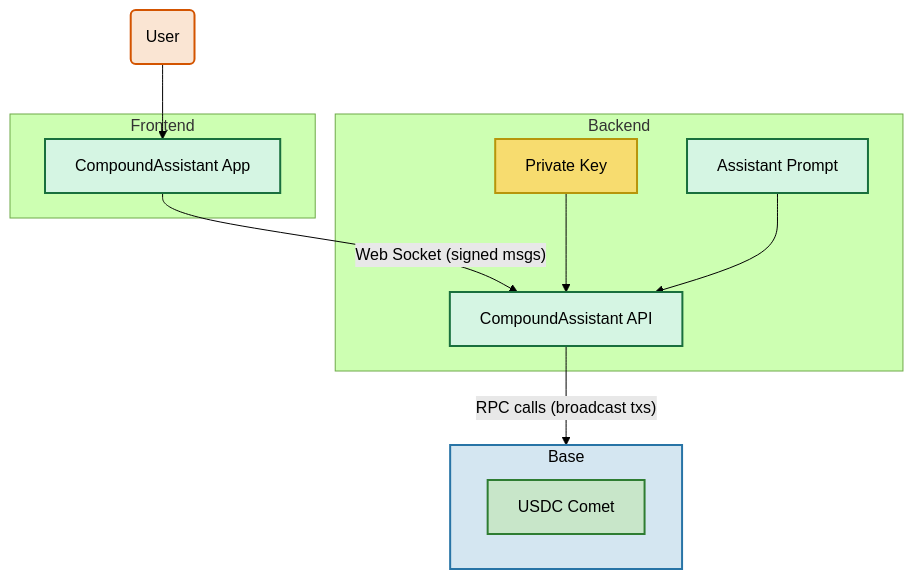
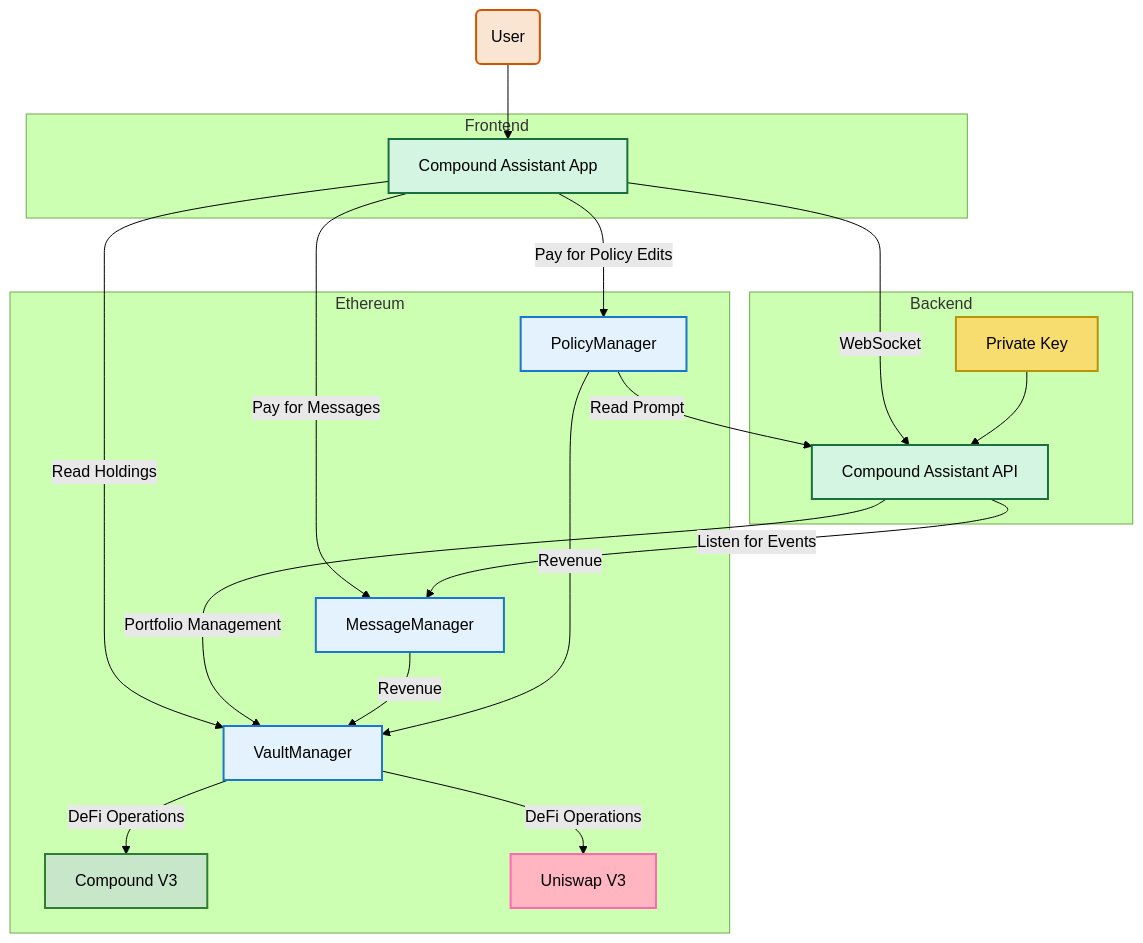
Before and after one commit to mikeghen/comp-comm-portfolio: the diagram in README.md, drawn with Mermaid (forest theme). The commit also changed other lines of this file, not shown here.

Commit message:
Update Readme with new diagram and disclaimer

````diff
--- a/README.md
+++ b/README.md
@@ -15,40 +15,51 @@
 ```mermaid
 flowchart TB
     User(User) --> FrontendApp
     
     subgraph "Frontend"
-        FrontendApp[CompoundAssistant App]
+        FrontendApp[Compound Assistant App]
     end
     
     subgraph "Backend"
-        BackendAPI[CompoundAssistant API]
+        BackendAPI[Compound Assistant API]
         PrivateKey[Private Key]
-        AgentConfig[Assistant Prompt]
     end
     
-    subgraph "Base"
-        CompoundFinance[USDC Comet]
+    subgraph "Ethereum"
+        MessageManager[MessageManager]
+        PolicyManager[PolicyManager]
+        VaultManager[VaultManager]
+        CompoundFinance[Compound V3]
+        UniswapV3[Uniswap V3]
     end
     
 
-    FrontendApp -- "Web Socket (signed msgs)" --> BackendAPI
-    BackendAPI -- "RPC calls (broadcast txs)" --> Base
+    FrontendApp -- "WebSocket" --> BackendAPI
+    FrontendApp -- "Pay for Messages" --> MessageManager
+    FrontendApp -- "Pay for Policy Edits" --> PolicyManager
+    FrontendApp -- "Read Holdings" --> VaultManager
+    BackendAPI -- "Listen for Events" --> MessageManager
+    BackendAPI -- "Portfolio Management" --> VaultManager
+    VaultManager -- "DeFi Operations" --> CompoundFinance
+    VaultManager -- "DeFi Operations" --> UniswapV3
+    MessageManager -- "Revenue" --> VaultManager
+    PolicyManager -- "Revenue" --> VaultManager
     PrivateKey --> BackendAPI
-    AgentConfig --> BackendAPI
+    PolicyManager -- "Read Prompt" --> BackendAPI
+    
     classDef user fill:#fae5d3,stroke:#d35400,stroke-width:2px,color:black
     classDef frontend fill:#d5f5e3,stroke:#196f3d,stroke-width:2px,color:black
     classDef backend fill:#d5f5e3,stroke:#196f3d,stroke-width:2px,color:black
+    classDef contracts fill:#e3f2fd,stroke:#1976d2,stroke-width:2px,color:black
     classDef compoundfinance fill:#c8e6c9,stroke:#2e7d32,stroke-width:2px,color:black
-    classDef base fill:#d4e6f1,stroke:#2874a6,stroke-width:2px,color:black
-    classDef database fill:#d5f5e3,stroke:#196f3d,stroke-width:2px,color:black
+    classDef uniswappv3 fill:#ffb6c1,stroke:#ff69b4,stroke-width:2px,color:black
     classDef privatekey fill:#f7dc6f,stroke:#b7950b,stroke-width:2px,color:black
-    classDef agentconfig fill:#d5f5e3,stroke:#196f3d,stroke-width:2px,color:black
     
     class User user
     class FrontendApp frontend
     class BackendAPI backend
-    class Base base
+    class MessageManager,PolicyManager,VaultManager contracts
     class PrivateKey privatekey
     class CompoundFinance compoundfinance
-    class AgentConfig agentconfig
+    class UniswapV3 uniswappv3
 ```
````
